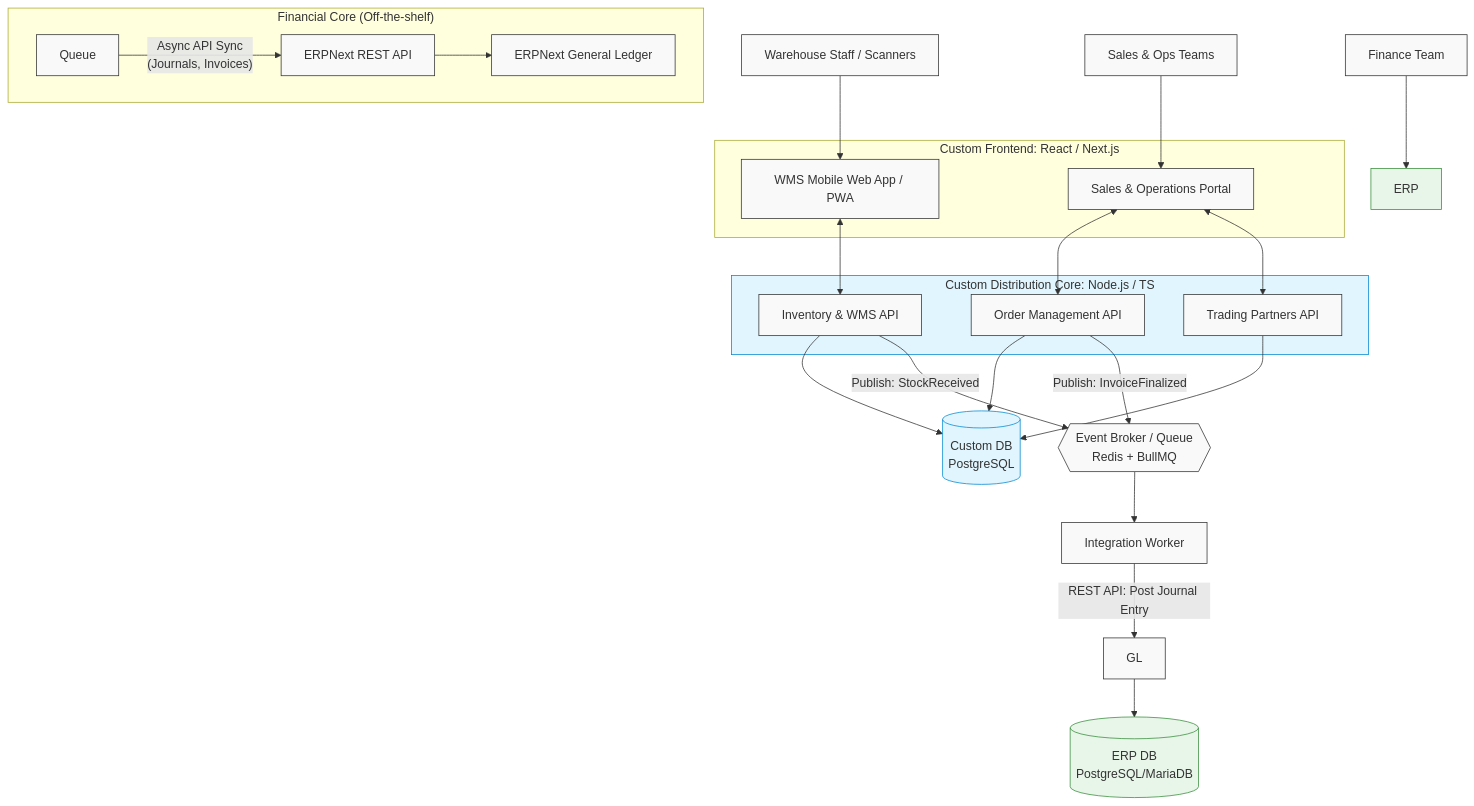
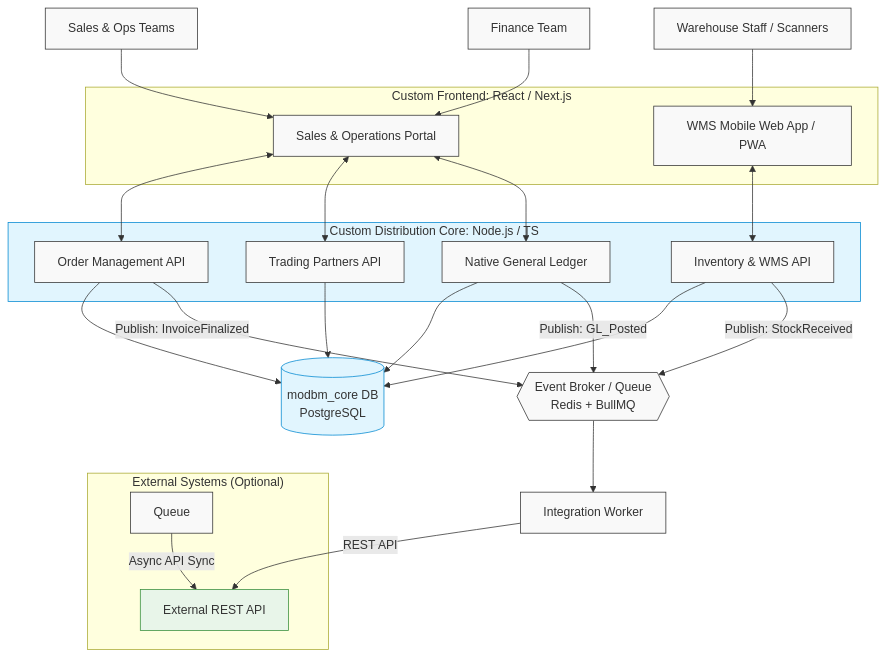
The first of 3 diagrams in docs/technical/system_architecture.md (herobmdotcom/herobm), drawn with Mermaid before and after one commit. The commit also changed other lines of this file and 114 other files, not shown here.

````diff
--- a/docs/technical/system_architecture.md
+++ b/docs/technical/system_architecture.md
@@ -17,58 +14,58 @@
 ```mermaid
 flowchart TD
     %% User Interfaces
     Warehouse[Warehouse Staff / Scanners]
     Sales[Sales & Ops Teams]
     Finance[Finance Team]
 
     %% Frontend Apps
     subgraph Frontend [Custom Frontend: React / Next.js]
         WMS_UI[WMS Mobile Web App / PWA]
         OMS_UI[Sales & Operations Portal]
     end
 
     %% Backend Custom
     subgraph CustomBackend [Custom Distribution Core: Node.js / TS]
         OMS_API[Order Management API]
         WMS_API[Inventory & WMS API]
         CRM_API[Trading Partners API]
+        GL_API[Native General Ledger]
     end
 
-    subgraph "Financial Core (Off-the-shelf)"
-        Queue -- "Async API Sync \n (Journals, Invoices)" --> ERPNextAPI[ERPNext REST API]
-        ERPNextAPI --> ERPNextCore[ERPNext General Ledger]
+    subgraph "External Systems (Optional)"
+        Queue -- "Async API Sync" --> ExternalAPI[External REST API]
     end
 
     %% Databases
-    DB_Custom[(Custom DB \n PostgreSQL)]
-    DB_ERP[(ERP DB \n PostgreSQL/MariaDB)]
+    DB_Custom[(modbm_core DB \n PostgreSQL)]
 
     %% Integration
     Broker{{Event Broker / Queue \n Redis + BullMQ}}
     Worker[Integration Worker]
 
     %% Relationships
     Warehouse --> WMS_UI
     Sales --> OMS_UI
-    Finance --> ERP
+    Finance --> OMS_UI
 
     WMS_UI <--> WMS_API
     OMS_UI <--> OMS_API
     OMS_UI <--> CRM_API
+    OMS_UI <--> GL_API
 
-    WMS_API & OMS_API & CRM_API --> DB_Custom
-    GL --> DB_ERP
+    WMS_API & OMS_API & CRM_API & GL_API --> DB_Custom
 
     %% Event Flow
     OMS_API -- "Publish: InvoiceFinalized" --> Broker
     WMS_API -- "Publish: StockReceived" --> Broker
+    GL_API -- "Publish: GL_Posted" --> Broker
     Broker --> Worker
-    Worker -- "REST API: Post Journal Entry" --> GL
+    Worker -- "REST API" --> ExternalAPI
     
     classDef default fill:#f9f9f9,stroke:#333,stroke-width:1px;
     classDef custom fill:#e1f5fe,stroke:#0288d1;
-    classDef erp fill:#e8f5e9,stroke:#388e3c;
+    classDef external fill:#e8f5e9,stroke:#388e3c;
     
     class CustomBackend,DB_Custom custom;
-    class ERP,DB_ERP erp;
+    class ExternalAPI external;
 ```
````
